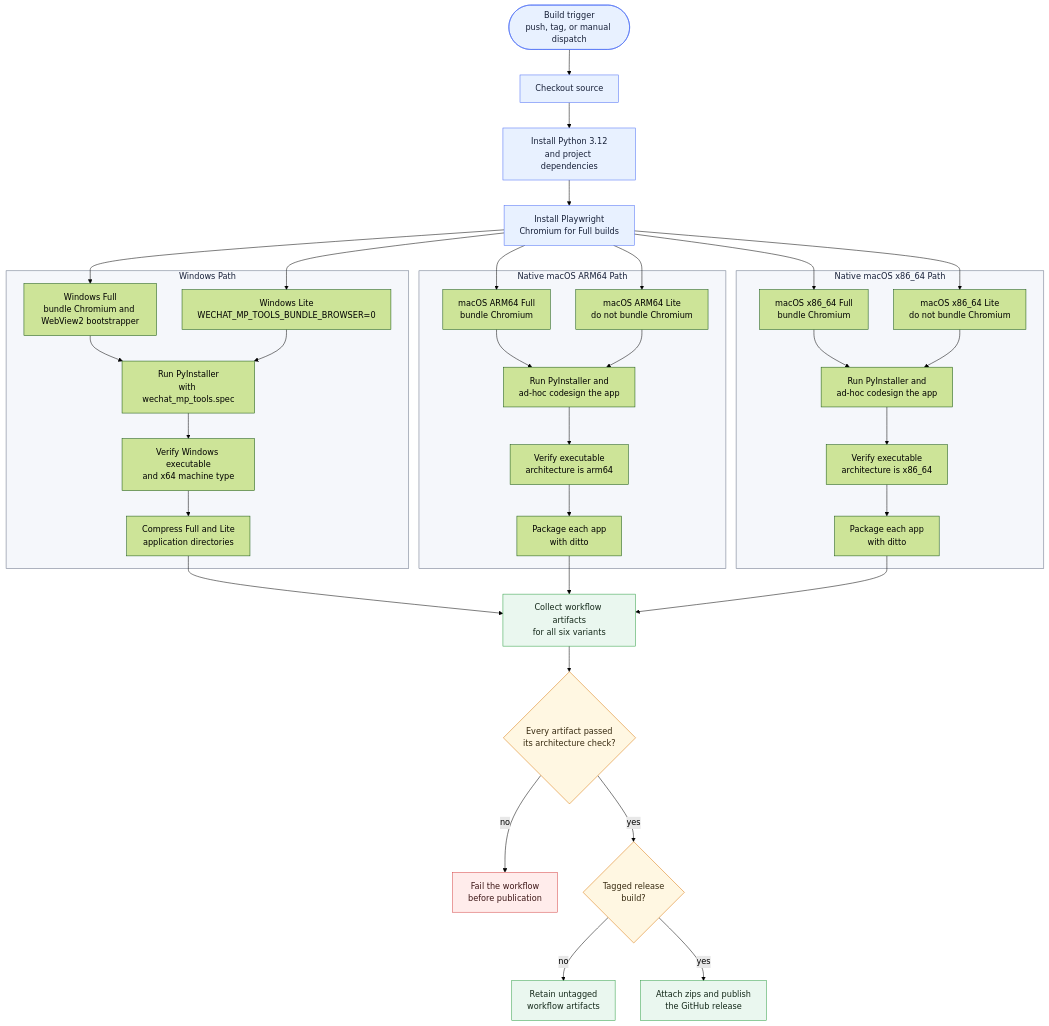
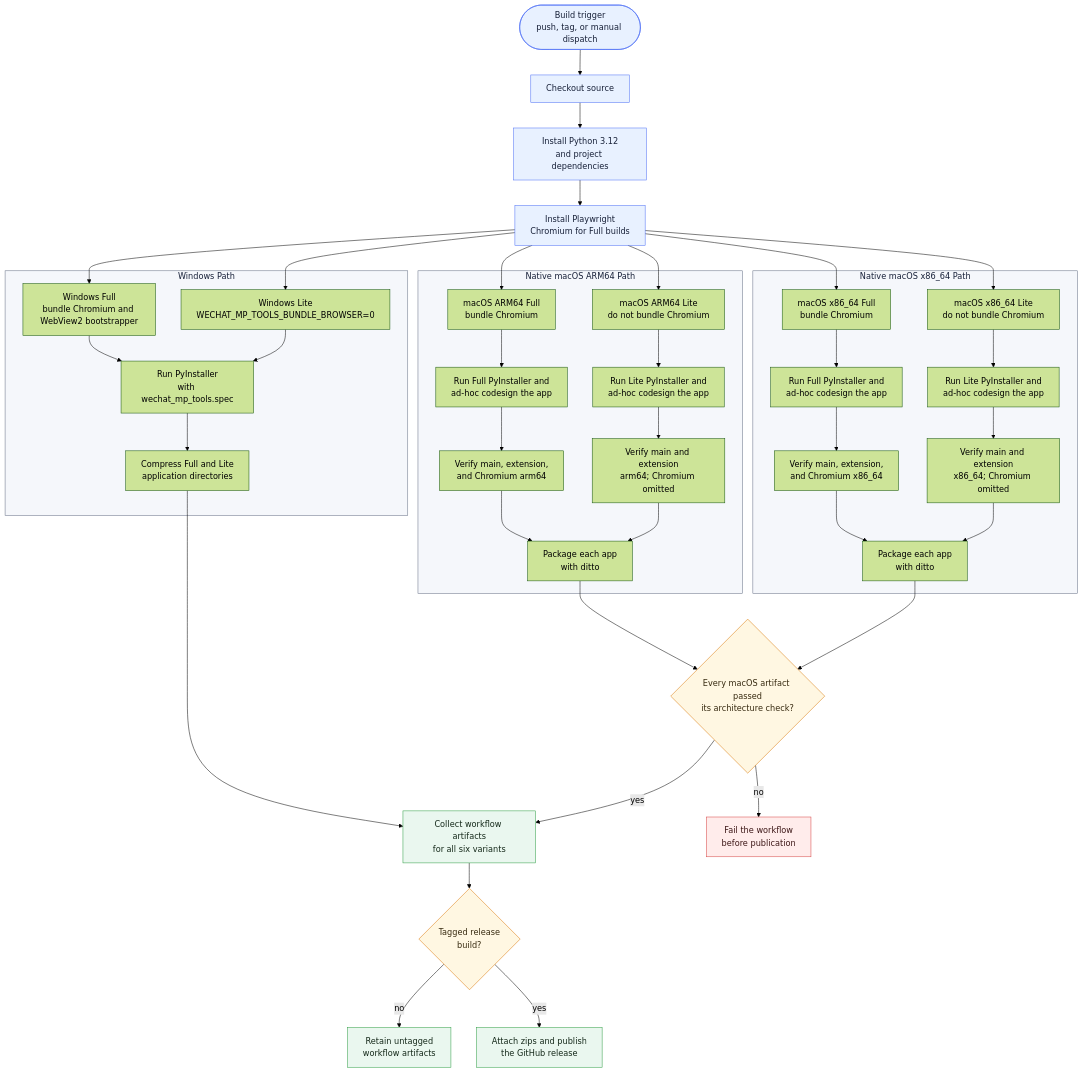
Before and after one commit to x554960766/wechat-mp-tools: the diagram in docs/diagrams/build-flow.mmd, drawn with Mermaid (forest theme). The commit also changed 15 other files, not shown here.

Commit message:
fix: harden architecture evidence and x86 gates

```diff
--- a/docs/diagrams/build-flow.mmd
+++ b/docs/diagrams/build-flow.mmd
@@ -1,70 +1,71 @@
 flowchart TD
     trigger([Build trigger<br/>push, tag, or manual dispatch])
     checkout["Checkout source"]
     python["Install Python 3.12<br/>and project dependencies"]
     playwright["Install Playwright<br/>Chromium for Full builds"]
 
     subgraph windows["Windows Path"]
         win_full["Windows Full<br/>bundle Chromium and WebView2 bootstrapper"]
         win_lite["Windows Lite<br/>WECHAT_MP_TOOLS_BUNDLE_BROWSER=0"]
         win_build["Run PyInstaller<br/>with wechat_mp_tools.spec"]
-        win_verify["Verify Windows executable<br/>and x64 machine type"]
         win_zip["Compress Full and Lite<br/>application directories"]
     end
 
     subgraph mac_arm["Native macOS ARM64 Path"]
         arm_full["macOS ARM64 Full<br/>bundle Chromium"]
         arm_lite["macOS ARM64 Lite<br/>do not bundle Chromium"]
-        arm_build["Run PyInstaller and<br/>ad-hoc codesign the app"]
-        arm_verify["Verify executable<br/>architecture is arm64"]
+        arm_full_build["Run Full PyInstaller and<br/>ad-hoc codesign the app"]
+        arm_full_verify["Verify main, extension,<br/>and Chromium arm64"]
+        arm_lite_build["Run Lite PyInstaller and<br/>ad-hoc codesign the app"]
+        arm_lite_verify["Verify main and extension<br/>arm64; Chromium omitted"]
         arm_zip["Package each app<br/>with ditto"]
     end
 
     subgraph mac_x86["Native macOS x86_64 Path"]
         x86_full["macOS x86_64 Full<br/>bundle Chromium"]
         x86_lite["macOS x86_64 Lite<br/>do not bundle Chromium"]
-        x86_build["Run PyInstaller and<br/>ad-hoc codesign the app"]
-        x86_verify["Verify executable<br/>architecture is x86_64"]
+        x86_full_build["Run Full PyInstaller and<br/>ad-hoc codesign the app"]
+        x86_full_verify["Verify main, extension,<br/>and Chromium x86_64"]
+        x86_lite_build["Run Lite PyInstaller and<br/>ad-hoc codesign the app"]
+        x86_lite_verify["Verify main and extension<br/>x86_64; Chromium omitted"]
         x86_zip["Package each app<br/>with ditto"]
     end
 
     artifacts["Collect workflow artifacts<br/>for all six variants"]
-    architecture_gate{"Every artifact passed<br/>its architecture check?"}
+    architecture_gate{"Every macOS artifact passed<br/>its architecture check?"}
     build_failed["Fail the workflow<br/>before publication"]
     release_trigger{"Tagged release<br/>build?"}
     retain["Retain untagged<br/>workflow artifacts"]
     release["Attach zips and publish<br/>the GitHub release"]
 
     trigger --> checkout --> python --> playwright
 
     playwright --> win_full --> win_build
     playwright --> win_lite --> win_build
-    win_build --> win_verify --> win_zip
+    win_build --> win_zip
 
-    playwright --> arm_full --> arm_build
-    playwright --> arm_lite --> arm_build
-    arm_build --> arm_verify --> arm_zip
+    playwright --> arm_full --> arm_full_build --> arm_full_verify --> arm_zip
+    playwright --> arm_lite --> arm_lite_build --> arm_lite_verify --> arm_zip
 
-    playwright --> x86_full --> x86_build
-    playwright --> x86_lite --> x86_build
-    x86_build --> x86_verify --> x86_zip
+    playwright --> x86_full --> x86_full_build --> x86_full_verify --> x86_zip
+    playwright --> x86_lite --> x86_lite_build --> x86_lite_verify --> x86_zip
 
     win_zip --> artifacts
-    arm_zip --> artifacts
-    x86_zip --> artifacts
-    artifacts --> architecture_gate
+    arm_zip --> architecture_gate
+    x86_zip --> architecture_gate
     architecture_gate -- "no" --> build_failed
-    architecture_gate -- "yes" --> release_trigger
+    architecture_gate -- "yes" --> artifacts
+    artifacts --> release_trigger
     release_trigger -- "no" --> retain
     release_trigger -- "yes" --> release
 
     classDef source fill:#e8f1ff,stroke:#4c6ef5,color:#172038
     classDef platform fill:#f5f7fb,stroke:#667085,color:#172038
     classDef gate fill:#fff7e2,stroke:#d97706,color:#372a10
     classDef failure fill:#ffeceb,stroke:#d64545,color:#3d1717
     classDef output fill:#eaf7ef,stroke:#2f9e44,color:#15291a
     class trigger,checkout,python,playwright source
     class windows,mac_arm,mac_x86 platform
     class architecture_gate,release_trigger gate
     class build_failed failure
     class artifacts,retain,release output
```
